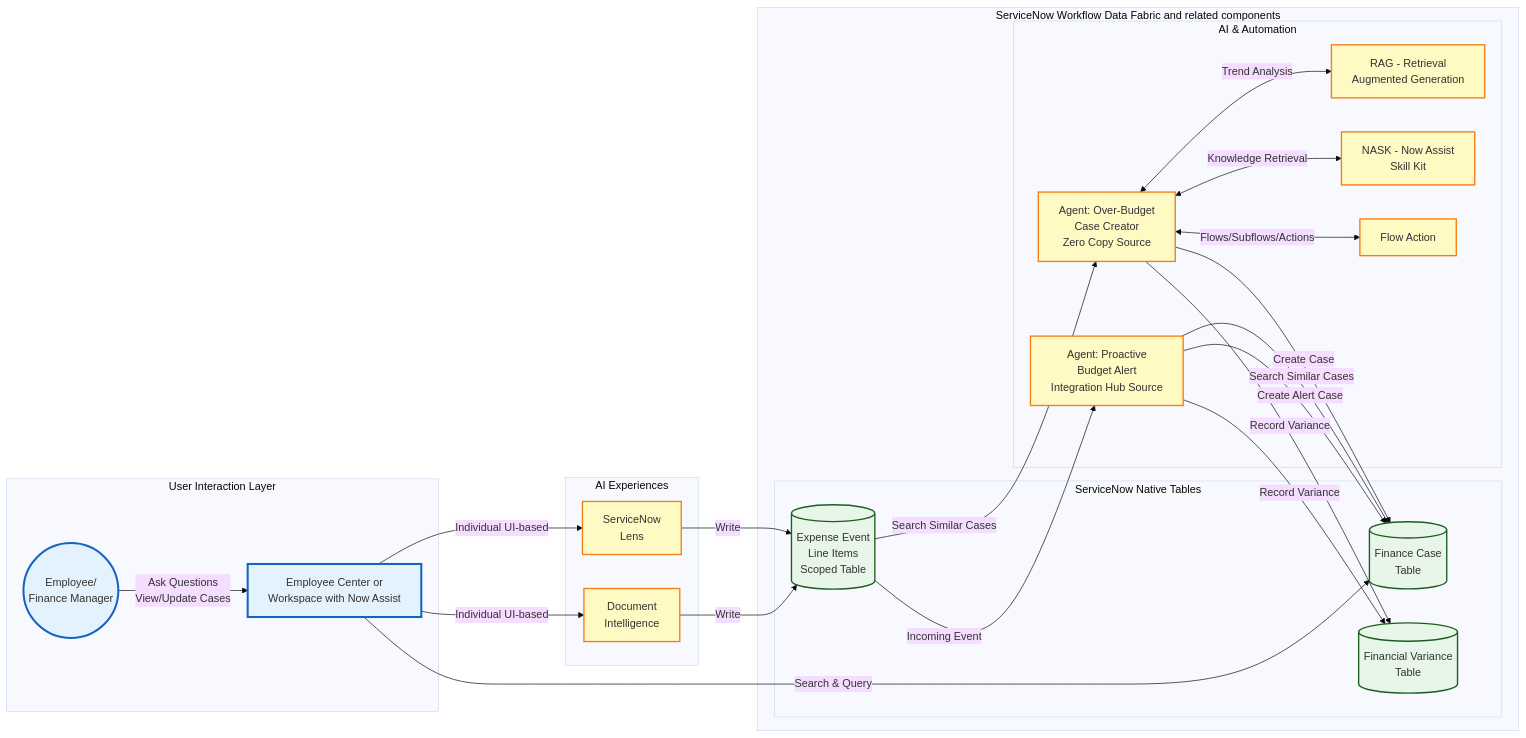
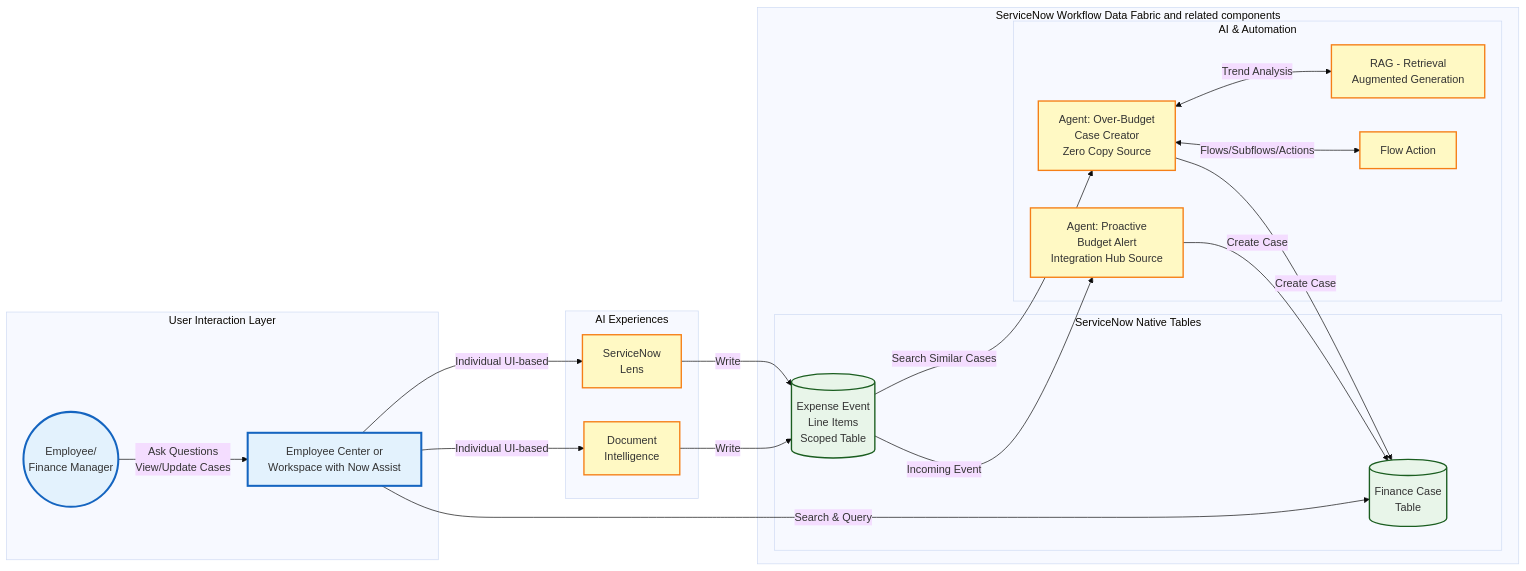
The diagram in 5_Lens_and_DocIntel.md (leojacinto/WorkflowDataFabric-TypeA), drawn with Mermaid (base theme) before and after one commit.

Commit message:
GITBOOK-83: No subject

````diff
--- a/5_Lens_and_DocIntel.md
+++ b/5_Lens_and_DocIntel.md
@@ -13,69 +13,63 @@
 ```mermaid
 graph LR
     subgraph "User Interaction Layer"
         Employee((Employee/<br/>Finance Manager))
         EC[Employee Center or<br/>Workspace with Now Assist]
     end
 
 
 
     subgraph "AI Experiences"
         Lens["ServiceNow</br>Lens"]
         DocIntel["Document</br>Intelligence"]
     end
 
     subgraph "ServiceNow Workflow Data Fabric and related components"
 
         subgraph "ServiceNow Native Tables"
             ExpenseTable[(Expense Event<br/>Line Items<br/>Scoped Table)]
             FinCase[(Finance Case<br/>Table)]
-            FinVar[(Financial Variance<br/>Table)]
         end
 
         subgraph "AI & Automation"
             Agent1[Agent: Over-Budget<br/>Case Creator<br/>Zero Copy Source]
             Agent2[Agent: Proactive<br/>Budget Alert<br/>Integration Hub Source]
             RAG[RAG - Retrieval<br/>Augmented Generation]
-            NASK[NASK - Now Assist<br/>Skill Kit]
             FlowAction[Flow Action]
         end
     end
 
 
     %% Data Flow Connections
     EC -->|Individual UI-based| Lens -->|Write| ExpenseTable
     EC -->|Individual UI-based| DocIntel -->|Write| ExpenseTable
 
     %% Agent 1 Workflow - Zero Copy Source
     ExpenseTable -->|Search Similar Cases| Agent1
     Agent1 -->|Create Case| FinCase
     Agent1 <-->|Trend Analysis| RAG
-    Agent1 <-->|Knowledge Retrieval| NASK
     Agent1 <-->|Flows/Subflows/Actions| FlowAction
-    Agent1 -->|Record Variance| FinVar
 
     %% Agent 2 Workflow - Integration Hub Source
     ExpenseTable -->|Incoming Event| Agent2
-    Agent2 -->|Search Similar Cases| FinCase
-    Agent2 -->|Create Alert Case| FinCase
-    Agent2 -->|Record Variance| FinVar
+    Agent2 -->|Create Case| FinCase
 
     %% User Interaction Connections
     Employee -->|Ask Questions<br/>View/Update Cases| EC
     EC -->|Search & Query| FinCase
 
 
     %% Styling
     classDef external fill:#e1f5ff,stroke:#01579b,stroke-width:2px
     classDef integration fill:#fff3e0,stroke:#e65100,stroke-width:2px
     classDef zeroCopy fill:#f3e5f5,stroke:#4a148c,stroke-width:2px
     classDef native fill:#e8f5e9,stroke:#1b5e20,stroke-width:2px
     classDef ai fill:#fff9c4,stroke:#f57f17,stroke-width:2px
     classDef user fill:#e3f2fd,stroke:#1565c0,stroke-width:3px
 
     class ERP,ExpenseAPI,SharePoint,CDW,MockERP,MockExpense external
     class ZeroCopySQL,ZeroCopyERP,IntHub,ExtContent integration
     class ExpenseTable,FinCase,FinVar native
     class Agent1,Agent2,RAG,NASK,FlowAction,MCP,GGraph,NLQuery,Lens,DocIntel ai
     class Employee,EC user
 ```
````
